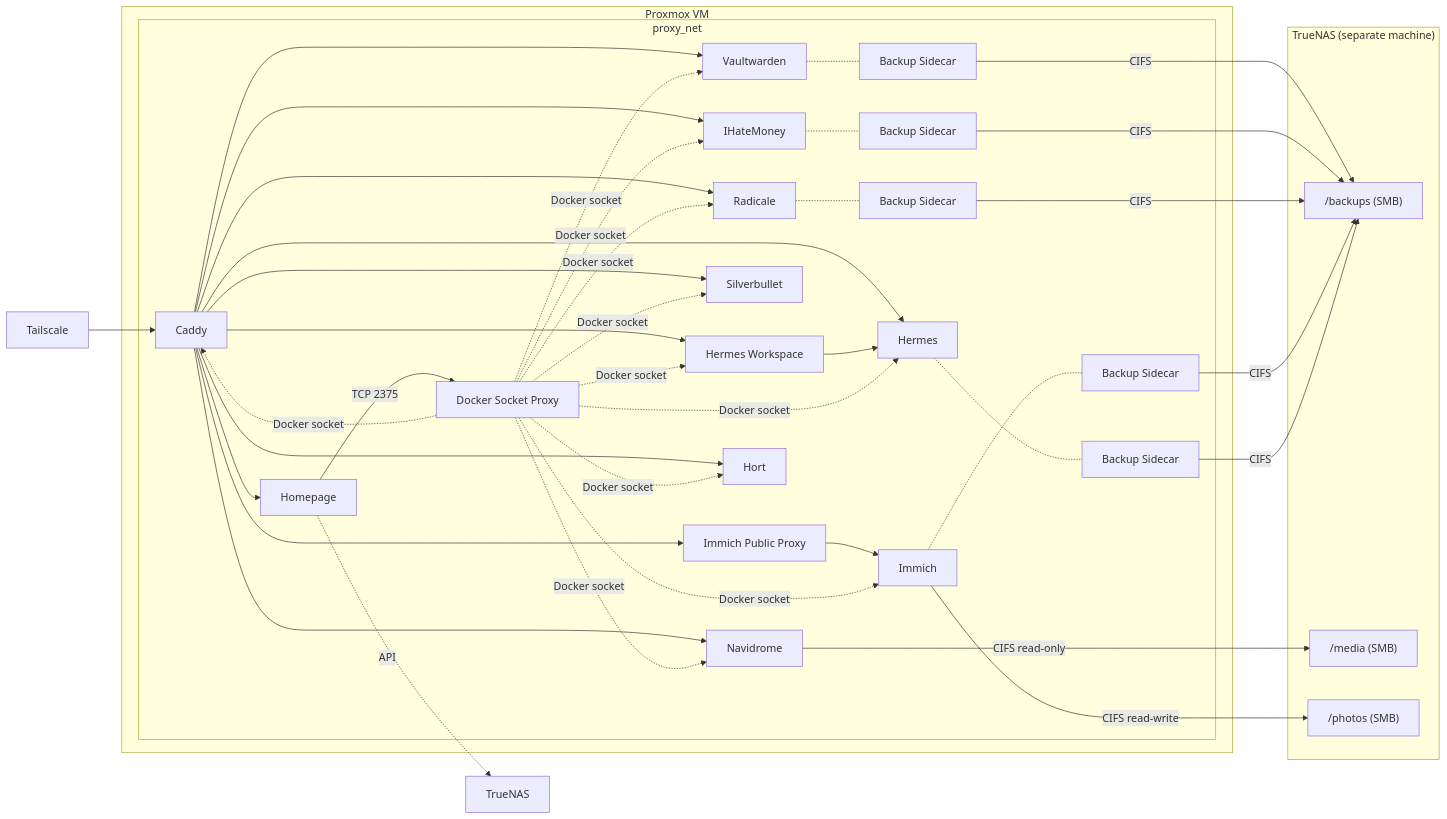
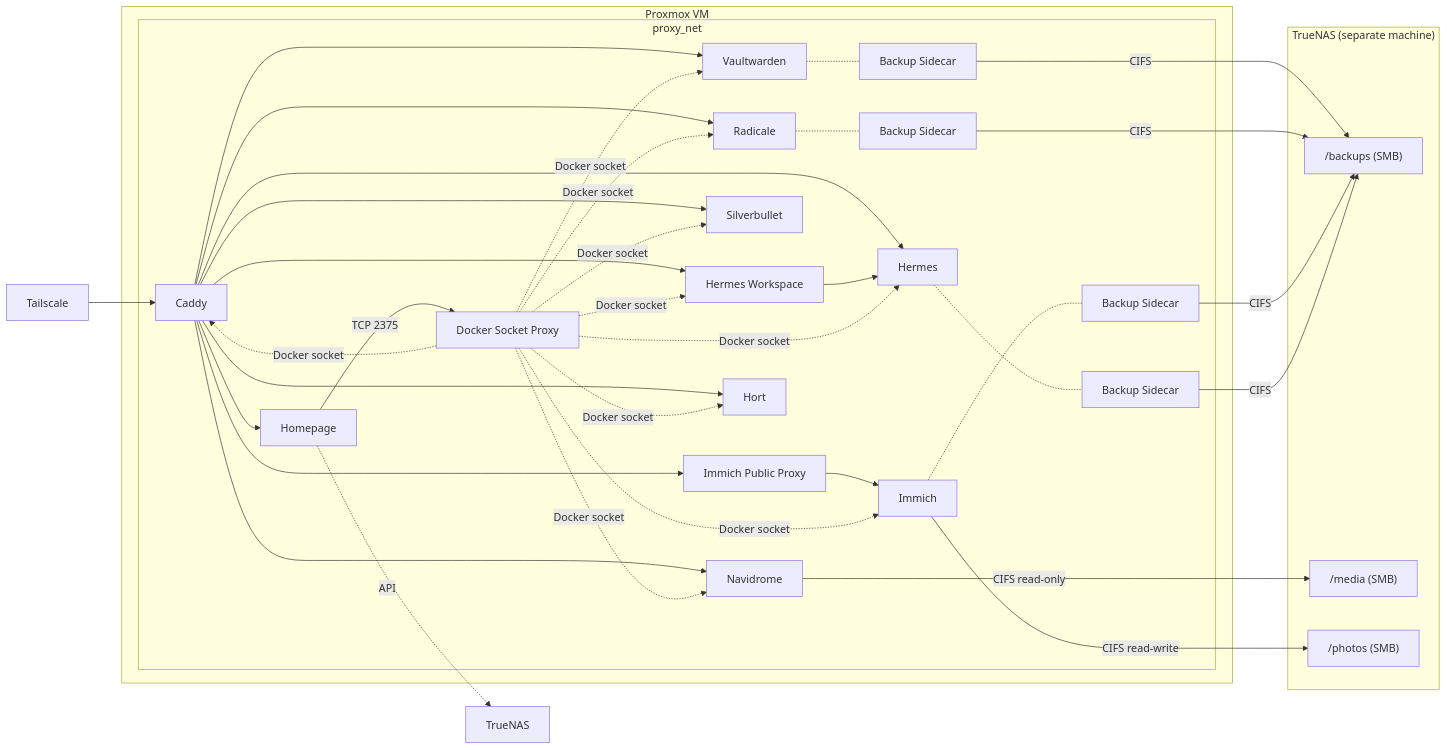
The first of 2 diagrams in README.md (masolnada/homelab), drawn with Mermaid before and after one commit. The commit also changed other lines of this file and 7 other files, not shown here.

````diff
--- a/README.md
+++ b/README.md
@@ -7,54 +7,50 @@
 ```mermaid
 graph LR
     TS[Tailscale] --> Caddy
 
     subgraph VM["Proxmox VM"]
         subgraph proxy_net
             Caddy --> Homepage
             Caddy --> Vaultwarden
             Caddy --> Navidrome
-            Caddy --> IHateMoney
             Caddy --> Radicale
             Caddy --> Silverbullet
             Caddy --> ImmichProxy[Immich Public Proxy]
             Caddy --> Hermes
             Caddy --> HermesWorkspace[Hermes Workspace]
             HermesWorkspace --> Hermes
             Caddy --> Hort
             ImmichProxy --> Immich[Immich]
             Homepage -->|TCP 2375| DockerProxy[Docker Socket Proxy]
             DockerProxy -.->|Docker socket| Caddy
             DockerProxy -.->|Docker socket| Vaultwarden
             DockerProxy -.->|Docker socket| Navidrome
-            DockerProxy -.->|Docker socket| IHateMoney
             DockerProxy -.->|Docker socket| Radicale
             DockerProxy -.->|Docker socket| Silverbullet
             DockerProxy -.->|Docker socket| Immich
             DockerProxy -.->|Docker socket| Hermes
             DockerProxy -.->|Docker socket| HermesWorkspace
             DockerProxy -.->|Docker socket| Hort
             Vaultwarden -.- Backup[Backup Sidecar]
-            IHateMoney -.- IHMBackup[Backup Sidecar]
             Radicale -.- RadBackup[Backup Sidecar]
             Immich -.- ImmichBackup[Backup Sidecar]
             Hermes -.- HermesBackup[Backup Sidecar]
         end
     end
 
     subgraph NAS["TrueNAS (separate machine)"]
         backups["/backups (SMB)"]
         media["/media (SMB)"]
         photos["/photos (SMB)"]
     end
 
     Homepage -.->|API| TrueNAS
 
     Backup -->|CIFS| backups
-    IHMBackup -->|CIFS| backups
     RadBackup -->|CIFS| backups
     ImmichBackup -->|CIFS| backups
     HermesBackup -->|CIFS| backups
 
     Navidrome -->|CIFS read-only| media
     Immich -->|CIFS read-write| photos
 ```
````
